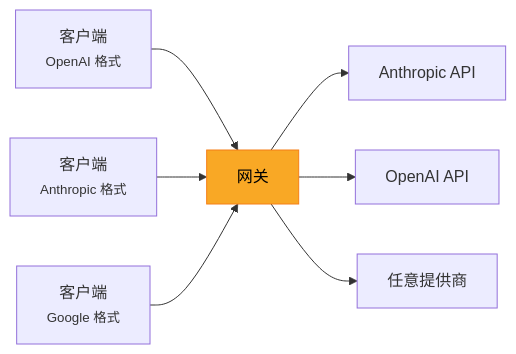
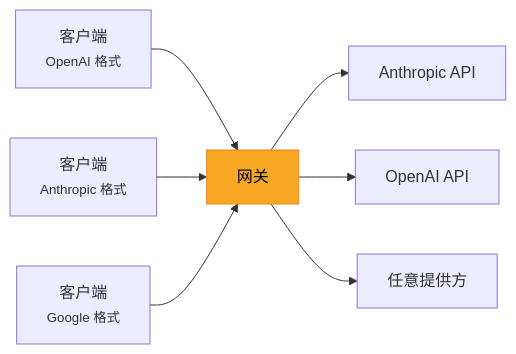
One commit to Oaklight/llm-rosetta changed the first of 2 diagrams in docs/gateway/index.md. Above: the diagram before and after it, drawn with Mermaid. The commit also changed other lines of this file and 29 other files, not shown here.

````diff
--- a/docs/gateway/index.md
+++ b/docs/gateway/index.md
@@ -9,11 +9,11 @@
 ```mermaid
 graph LR
     C1["客户端<br/><small>OpenAI 格式</small>"] --> GW["网关"]
     C2["客户端<br/><small>Anthropic 格式</small>"] --> GW
     C3["客户端<br/><small>Google 格式</small>"] --> GW
     GW --> U1["Anthropic API"]
     GW --> U2["OpenAI API"]
-    GW --> U3["任意提供商"]
+    GW --> U3["任意提供方"]
 
     style GW fill:#f9a825,stroke:#f57f17,color:#000
 ```
````
